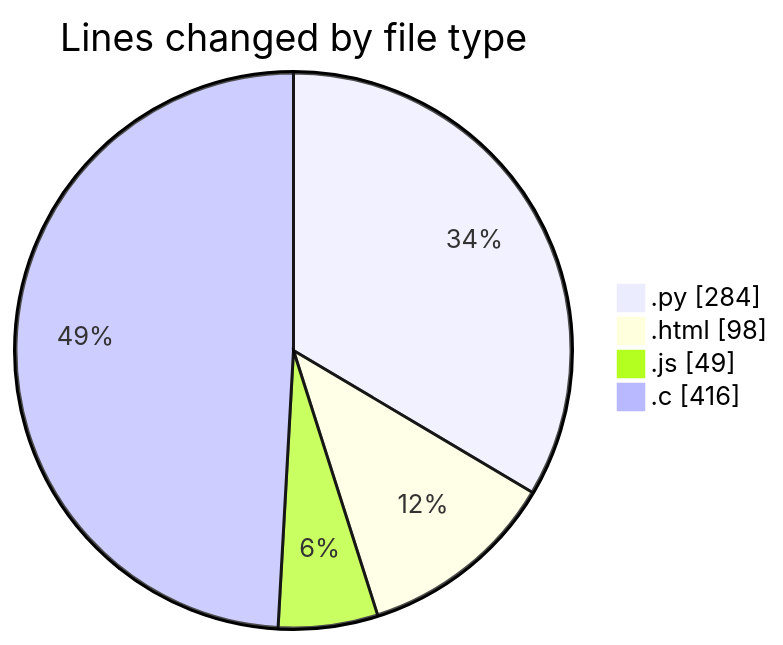
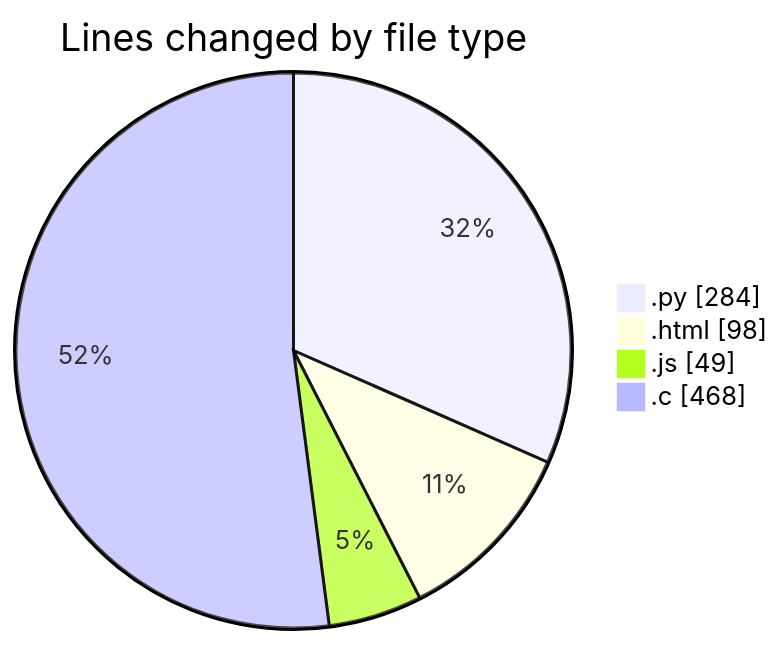
Before and after one commit to Ritupan-Deka/code-tracking: the first of 2 diagrams in 2025-01-21/projects/README.md, drawn with Mermaid. The commit also changed other lines of this file and 1 other file, not shown here.

````diff
--- a/2025-01-21/projects/README.md
+++ b/2025-01-21/projects/README.md
@@ -31,8 +31,8 @@
 ```mermaid
 pie showData
 title Lines changed by file type
 ".py" : 284
 ".html" : 98
 ".js" : 49
-".c" : 416
+".c" : 468
 ```
````
